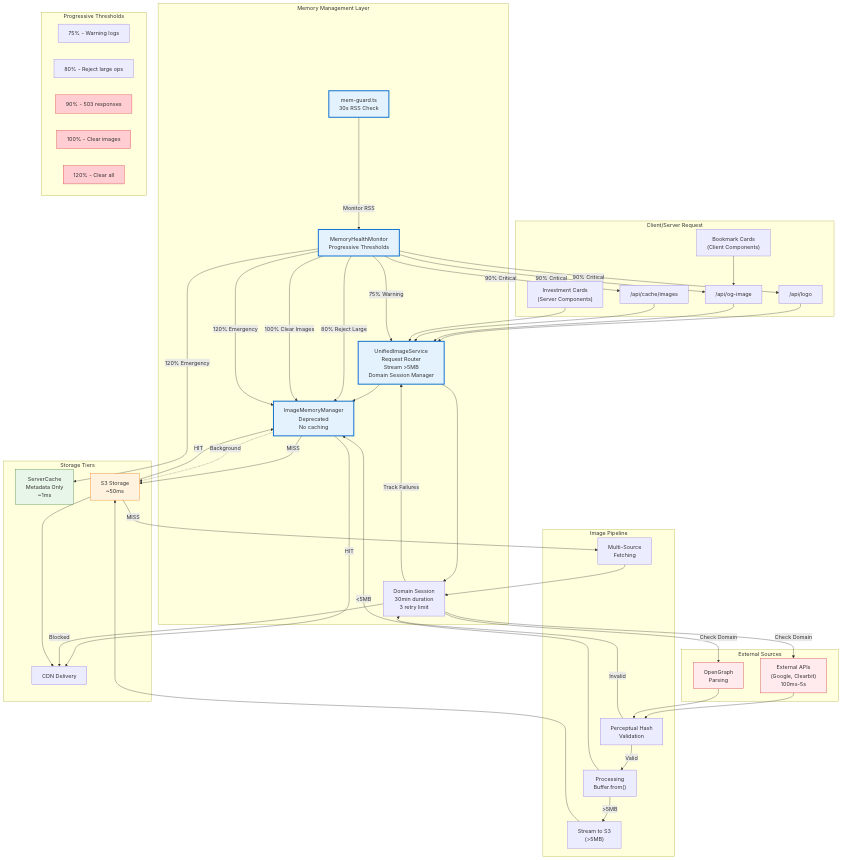
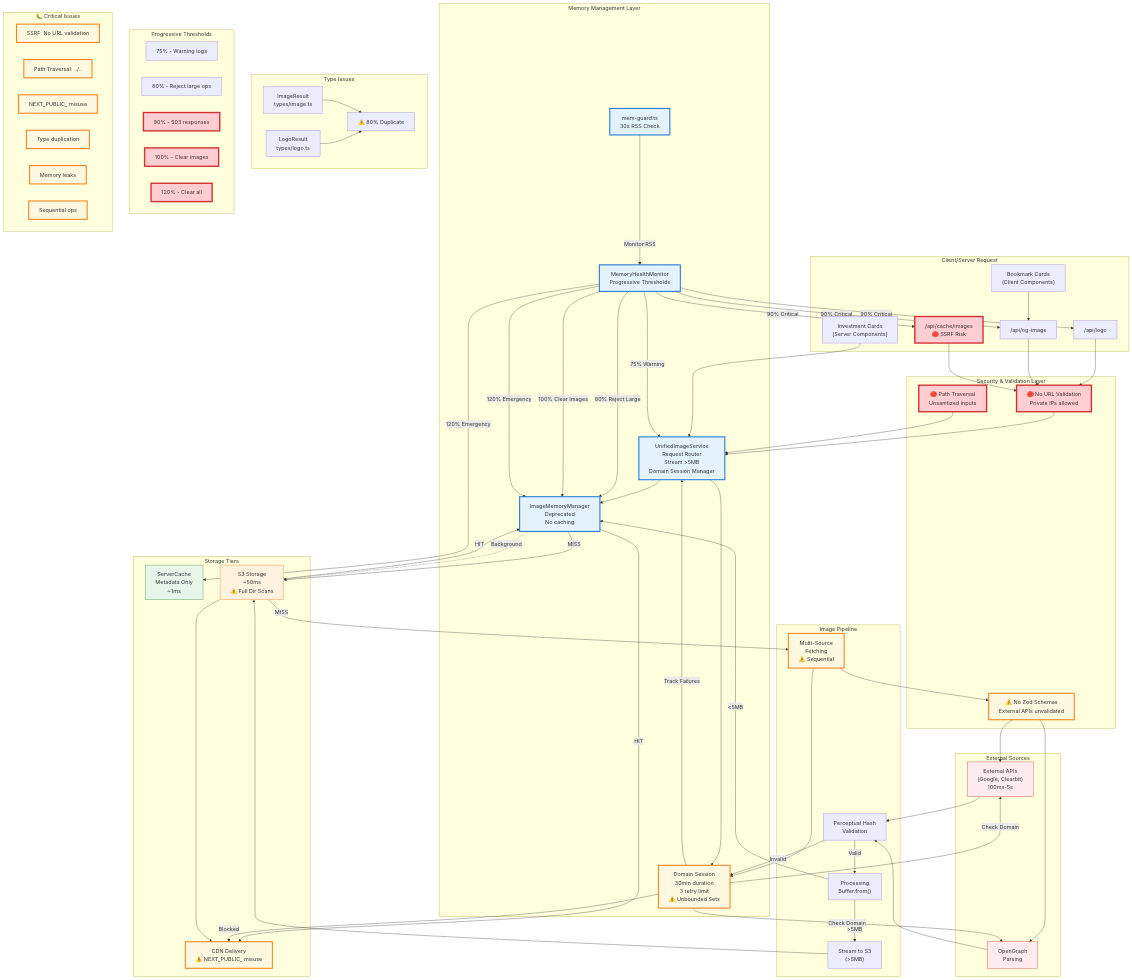
One commit to WilliamAGH/williamcallahan.com changed the diagram in docs/projects/structure/image-handling.mmd. Above: the diagram before and after it, drawn with Mermaid. The commit also changed 10 other files, not shown here.

First line of the commit message:
docs: update architecture documentation and diagrams

```diff
--- a/docs/projects/structure/image-handling.mmd
+++ b/docs/projects/structure/image-handling.mmd
@@ -1,98 +1,134 @@
 graph TD
     subgraph "Client/Server Request"
         A["/api/logo"]
         B["/api/og-image"]
-        C["/api/cache/images"]
+        C["/api/cache/images<br/>🔴 SSRF Risk"]
         D["Investment Cards<br/>(Server Components)"]
         E["Bookmark Cards<br/>(Client Components)"]
+    end
+
+    subgraph "Security & Validation Layer"
+        SEC1["🔴 No URL Validation<br/>Private IPs allowed"]
+        SEC2["🔴 Path Traversal<br/>Unsanitized inputs"]
+        VAL1["⚠️ No Zod Schemas<br/>External APIs unvalidated"]
     end
 
     subgraph "Memory Management Layer"
         MM1["ImageMemoryManager<br/>Deprecated<br/>No caching"]
         MM2["UnifiedImageService<br/>Request Router<br/>Stream >5MB<br/>Domain Session Manager"]
         MM3["MemoryHealthMonitor<br/>Progressive Thresholds"]
         MM4["mem-guard.ts<br/>30s RSS Check"]
-        MM5["Domain Session<br/>30min duration<br/>3 retry limit"]
+        MM5["Domain Session<br/>30min duration<br/>3 retry limit<br/>⚠️ Unbounded Sets"]
     end
 
     subgraph "Image Pipeline"
-        F["Multi-Source<br/>Fetching"]
+        F["Multi-Source<br/>Fetching<br/>⚠️ Sequential"]
         G["Perceptual Hash<br/>Validation"]
         H["Processing<br/>Buffer.from()"]
         ST["Stream to S3<br/>(>5MB)"]
     end
     
     subgraph "Storage Tiers"
         I["ServerCache<br/>Metadata Only<br/>~1ms"]
-        J["S3 Storage<br/>~50ms"]
-        K["CDN Delivery"]
+        J["S3 Storage<br/>~50ms<br/>⚠️ Full Dir Scans"]
+        K["CDN Delivery<br/>⚠️ NEXT_PUBLIC_ misuse"]
     end
     
     subgraph "External Sources"
         L["External APIs<br/>(Google, Clearbit)<br/>100ms-5s"]
         M["OpenGraph<br/>Parsing"]
     end
 
+    subgraph "Type Issues"
+        TY1["ImageResult<br/>types/image.ts"]
+        TY2["LogoResult<br/>types/logo.ts"]
+        TY3["⚠️ 80% Duplicate"]
+    end
+
+    %% Security flows
+    A --> SEC1
+    B --> SEC1
+    C --> SEC1
+    SEC1 --> MM2
+    SEC2 --> MM2
+
     %% Request flows
-    A --> MM2
-    B --> MM2
-    C --> MM2
     D --> MM2
     E --> B
 
     %% Memory management
     MM2 --> MM1
     MM1 -->|HIT| K
     MM1 -->|MISS| J
     J -->|HIT| MM1
     J -->|MISS| F
+    
+    %% Validation gaps
+    F --> VAL1
+    VAL1 --> L
+    VAL1 --> M
     
     %% Fetching pipeline
     F --> MM5
     MM5 -->|"Check Domain"| L
     MM5 -->|"Check Domain"| M
     MM5 -->|"Blocked"| K
     L --> G
     M --> G
     G -->|Valid| H
     G -->|Invalid| MM5
     H -->|">5MB"| ST
     H -->|"<5MB"| MM1
     ST --> J
     
     %% Domain session management
     MM2 --> MM5
     MM5 -->|"Track Failures"| MM2
     
     %% Background persistence
     MM1 -.->|Background| J
     J --> K
 
     %% Memory pressure monitoring
     MM4 -->|"Monitor RSS"| MM3
     MM3 -->|"75% Warning"| MM2
     MM3 -->|"80% Reject Large"| MM1
     MM3 -->|"90% Critical"| A & B & C
     MM3 -->|"100% Clear Images"| MM1
     MM3 -->|"120% Emergency"| MM1 & I
 
+    %% Type duplication
+    TY1 --> TY3
+    TY2 --> TY3
+
     subgraph "Progressive Thresholds"
         T1["75% - Warning logs"]
         T2["80% - Reject large ops"]
         T3["90% - 503 responses"]
         T4["100% - Clear images"]
         T5["120% - Clear all"]
     end
 
+    subgraph "🐛 Critical Issues"
+        IS1["SSRF: No URL validation"]
+        IS2["Path Traversal: ../.."]
+        IS3["NEXT_PUBLIC_ misuse"]
+        IS4["Type duplication"]
+        IS5["Memory leaks"]
+        IS6["Sequential ops"]
+    end
+
     %% Styling
     classDef memory fill:#e3f2fd,stroke:#1976d2,stroke-width:3px
     classDef fast fill:#e8f5e9,stroke:#2e7d32
     classDef medium fill:#fff3e0,stroke:#ef6c00
     classDef slow fill:#ffebee,stroke:#c62828
-    classDef critical fill:#ffcdd2,stroke:#d32f2f
+    classDef critical fill:#ffcdd2,stroke:#d32f2f,stroke-width:4px
+    classDef warning fill:#fff8e1,stroke:#f57f17,stroke-width:3px
     
     class MM1,MM2,MM3,MM4 memory
     class I fast
     class J medium
     class L,M slow
-    class T3,T4,T5 critical
+    class T3,T4,T5,SEC1,SEC2,C critical
+    class VAL1,MM5,F,K,IS1,IS2,IS3,IS4,IS5,IS6 warning
```
